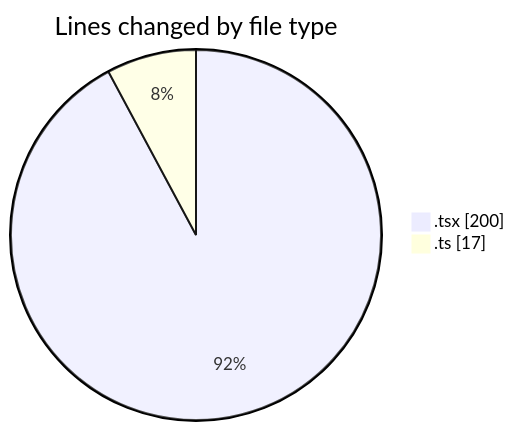
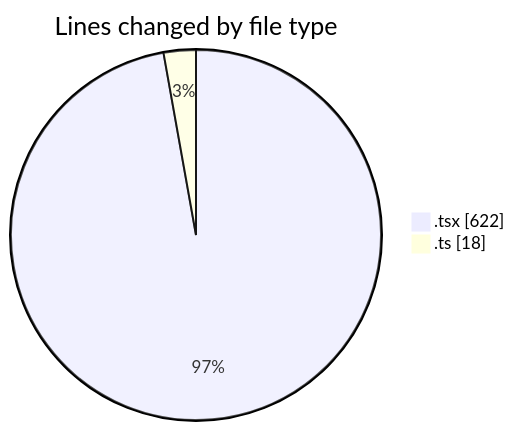
One commit to nxtqubesakshisongat/code-tracking changed the first of 2 diagrams in 2026-04-13/airfeed-analytics-dashboard/README.md. Above: the diagram before and after it, drawn with Mermaid. The commit also changed other lines of this file and 1 other file, not shown here.

````diff
--- a/2026-04-13/airfeed-analytics-dashboard/README.md
+++ b/2026-04-13/airfeed-analytics-dashboard/README.md
@@ -22,6 +23,6 @@
 ```mermaid
 pie showData
 title Lines changed by file type
-".tsx" : 200
-".ts" : 17
+".tsx" : 622
+".ts" : 18
 ```
````
